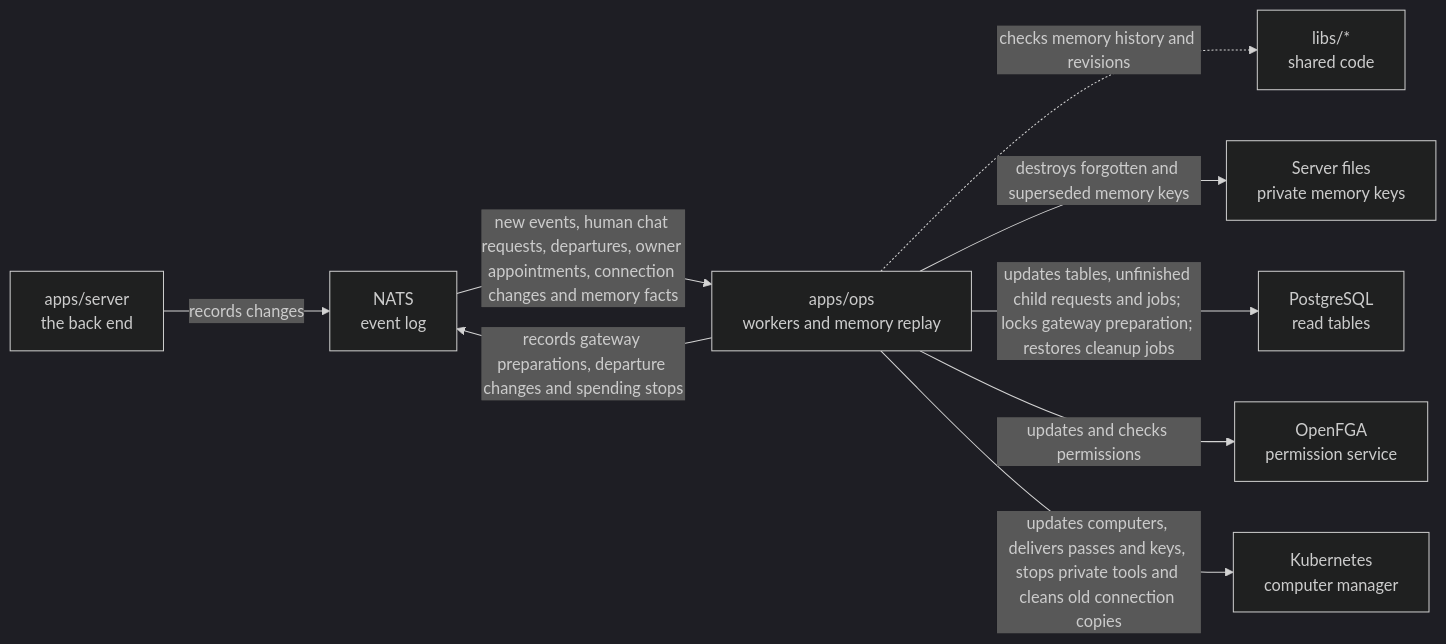
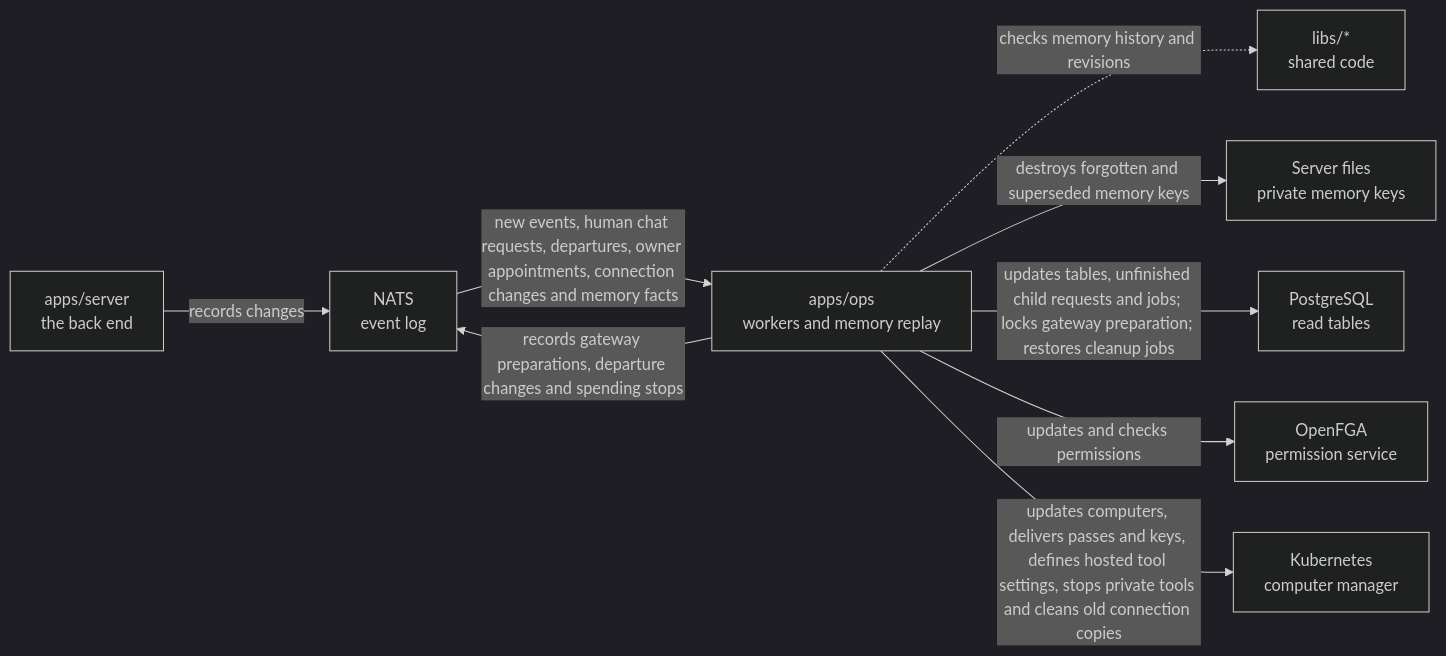
Before and after one commit to elewa-git/opencrane-new: the diagram in apps/ops/README.md, drawn with Mermaid (dark theme). The commit also changed other lines of this file and 9 other files, not shown here.

````diff
--- a/apps/ops/README.md
+++ b/apps/ops/README.md
@@ -11,11 +11,11 @@
 ```mermaid
 flowchart LR
   server["apps/server<br/>the back end"] -->|records changes| nats["NATS<br/>event log"]
   nats -->|new events, human chat requests, departures, owner appointments, connection changes and memory facts| ops["apps/ops<br/>workers and memory replay"]
   ops -->|records gateway preparations, departure changes and spending stops| nats
   ops -.->|checks memory history and revisions| libs["libs/*<br/>shared code"]
   ops -->|destroys forgotten and superseded memory keys| keys["Server files<br/>private memory keys"]
   ops -->|updates tables, unfinished child requests and jobs; locks gateway preparation; restores cleanup jobs| postgres["PostgreSQL<br/>read tables"]
   ops -->|updates and checks permissions| fga["OpenFGA<br/>permission service"]
-  ops -->|updates computers, delivers passes and keys, stops private tools and cleans old connection copies| kube["Kubernetes<br/>computer manager"]
+  ops -->|updates computers, delivers passes and keys, defines hosted tool settings, stops private tools and cleans old connection copies| kube["Kubernetes<br/>computer manager"]
 ```
````
